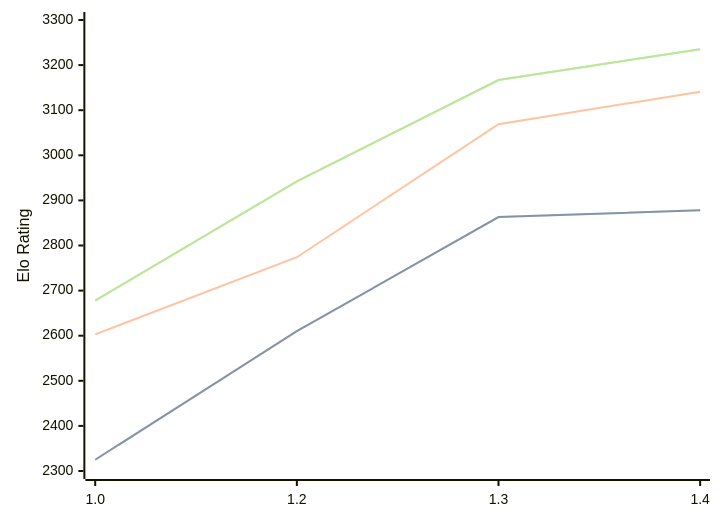
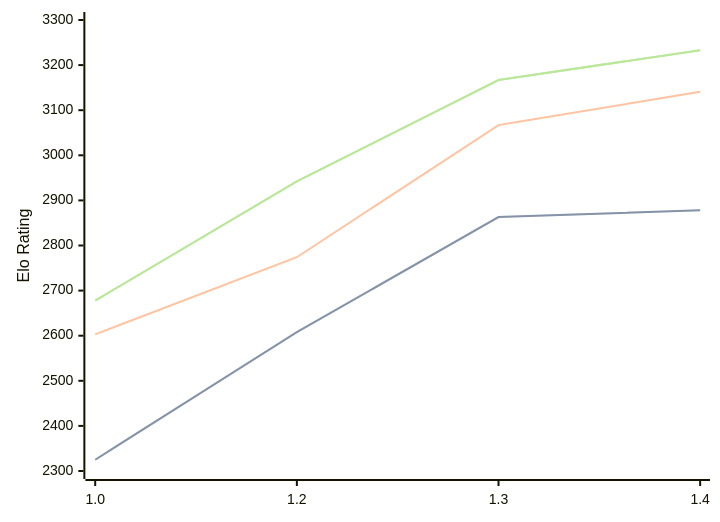
One commit to computer-chess-index/cci changed the diagram in engines/Chessnix.md. Above: the diagram before and after it, drawn with Mermaid. The commit also changed other lines of this file, not shown here.

Commit message:
Update CCI Ratings (ELO VLTC) - 2026-09-11

````diff
--- a/engines/Chessnix.md
+++ b/engines/Chessnix.md
@@ -34,11 +34,11 @@
 ```mermaid
 %%{init: {"theme":"base","themeVariables":{"seriesColors:['#a3a3a3','#222221','#faa371']}}}%%
 xychart-beta
   x-axis ["1.0", "1.2", "1.3", "1.4"]
   y-axis "Elo Rating" 2300 --> 3300
-  line "" [2325, 2610, 2863, 2878]
-  line "STC (8.0+0.08s)" [2325, 2610, 2863, 2878]
-  line "LTC (60.0+0.60s)" [2603, 2774, 3069, 3141]
-  line "" [2678, 2942, 3167, 3235]
-  line "VLTC (2m24s+1.12s)" [2678, 2942, 3167, 3235]
+  line "" [2325, 2608, 2863, 2878]
+  line "STC (8.0+0.08s)" [2325, 2608, 2863, 2878]
+  line "LTC (60.0+0.60s)" [2603, 2774, 3067, 3141]
+  line "" [2678, 2942, 3167, 3233]
+  line "VLTC (2m24s+1.12s)" [2678, 2942, 3167, 3233]
 ```
````
